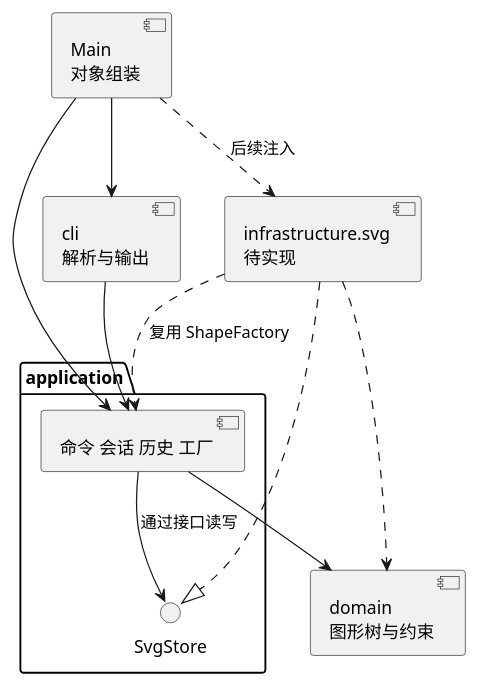
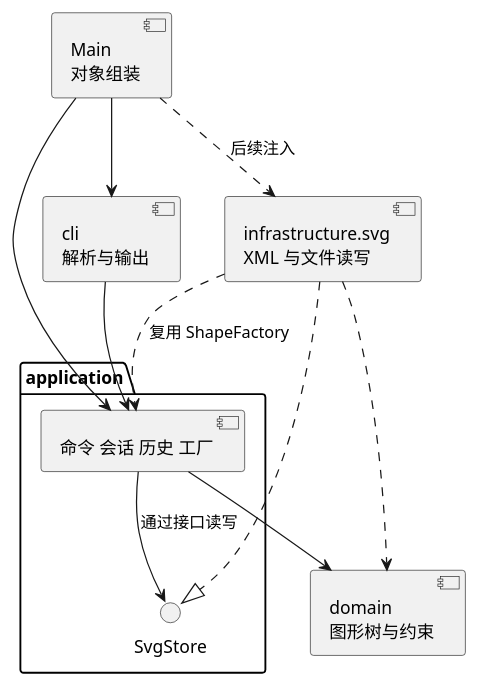
Before and after one commit to Asaite/software_homework: the diagram in doc/README.md, drawn with PlantUML. The commit also changed other lines of this file and 14 other files, not shown here.

Commit message:
feat: add SVG XML import and atomic file persistence

````diff
--- a/doc/README.md
+++ b/doc/README.md
@@ -75,22 +77,22 @@
 ```plantuml
 @startuml
 component "Main\n对象组装" as Main
 component "cli\n解析与输出" as CLI
 package "application" {
   component "命令 会话 历史 工厂" as App
   interface "SvgStore" as Store
 }
 component "domain\n图形树与约束" as Domain
-component "infrastructure.svg\n待实现" as Infra
+component "infrastructure.svg\nXML 与文件读写" as Infra
 
 Main --> CLI
 Main --> App
 Main ..> Infra : 后续注入
 CLI --> App
 App --> Domain
 App --> Store : 通过接口读写
 Infra ..|> Store
 Infra ..> App : 复用 ShapeFactory
 Infra ..> Domain
 @enduml
 ```
````
